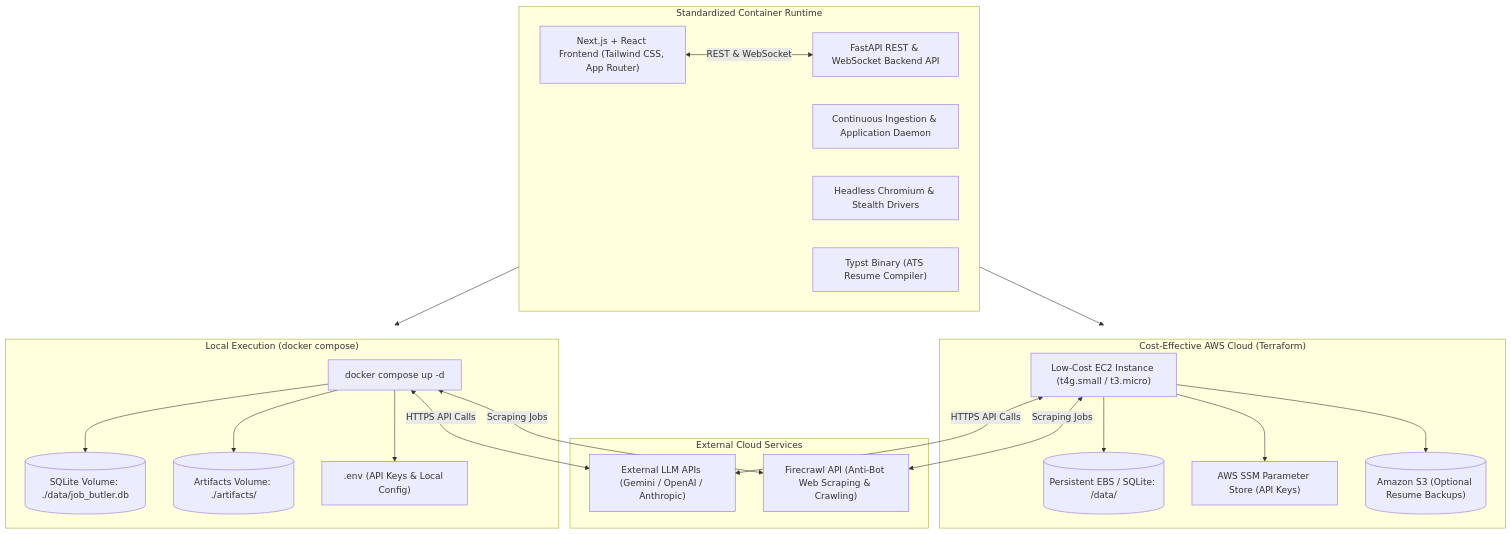
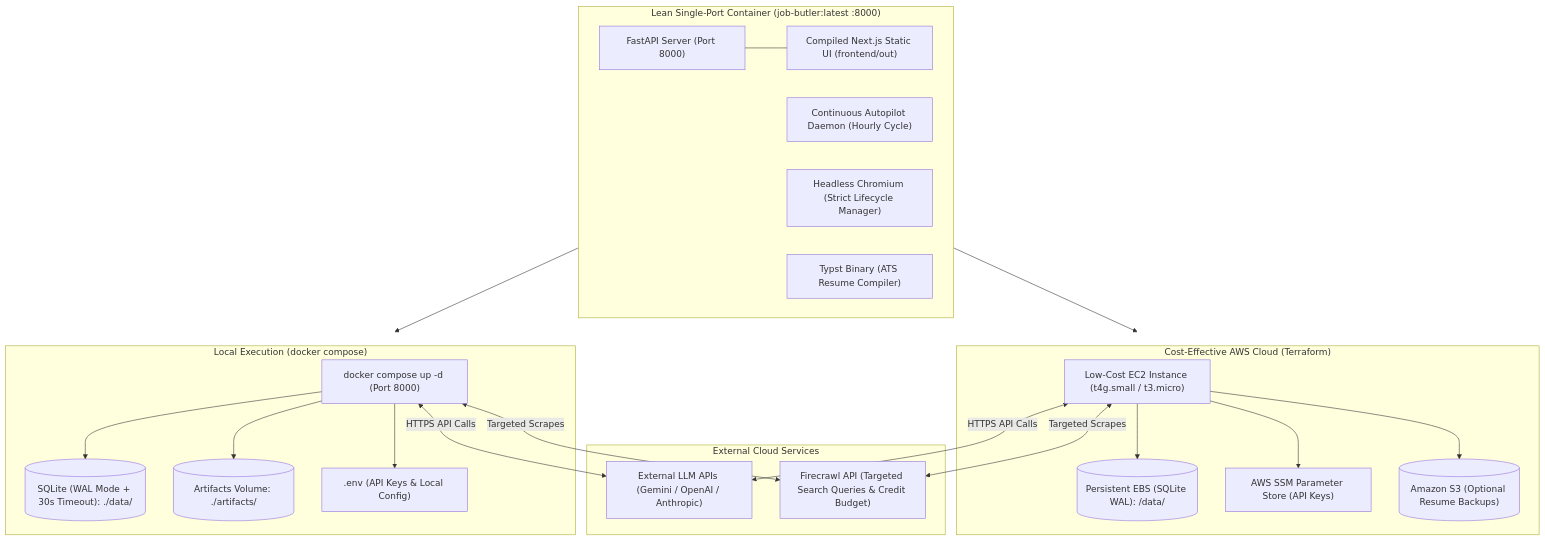
Before and after one commit to SelfOverflow/job-butler: the diagram in docs/architecture.md, drawn with Mermaid. The commit also changed other lines of this file and 6 other files, not shown here.

Commit message:
fix(architecture): apply ponytail-review hardening (SQLite WAL, zombie cleanup, single-port lean runtime, frozen snapshot, credit guards)

````diff
--- a/docs/architecture.md
+++ b/docs/architecture.md
@@ -18,44 +18,44 @@
 ```mermaid
 graph TD
-    subgraph ContainerImage ["Standardized Container Runtime"]
-        NextJSFrontend["Next.js + React Frontend (Tailwind CSS, App Router)"]
-        FastAPIApp["FastAPI REST & WebSocket Backend API"]
-        WorkerDaemon["Continuous Ingestion & Application Daemon"]
-        PlaywrightChromium["Headless Chromium & Stealth Drivers"]
+    subgraph ContainerImage ["Lean Single-Port Container (job-butler:latest :8000)"]
+        FastAPIApp["FastAPI Server (Port 8000)"]
+        NextJSStatic["Compiled Next.js Static UI (frontend/out)"]
+        WorkerDaemon["Continuous Autopilot Daemon (Hourly Cycle)"]
+        PlaywrightChromium["Headless Chromium (Strict Lifecycle Manager)"]
         TypstEngine["Typst Binary (ATS Resume Compiler)"]
     end
 
     subgraph ExternalAPIs ["External Cloud Services"]
         LLMAPI["External LLM APIs (Gemini / OpenAI / Anthropic)"]
-        FirecrawlAPI["Firecrawl API (Anti-Bot Web Scraping & Crawling)"]
+        FirecrawlAPI["Firecrawl API (Targeted Search Queries & Credit Budget)"]
     end
 
     subgraph LocalRuntime ["Local Execution (docker compose)"]
-        LocalCompose["docker compose up -d"]
-        LocalVolDB[("SQLite Volume: ./data/job_butler.db")]
+        LocalCompose["docker compose up -d (Port 8000)"]
+        LocalVolDB[("SQLite (WAL Mode + 30s Timeout): ./data/")]
         LocalVolPDF[("Artifacts Volume: ./artifacts/")]
         LocalEnv[".env (API Keys & Local Config)"]
     end
 
     subgraph AWSRuntime ["Cost-Effective AWS Cloud (Terraform)"]
         EC2Instance["Low-Cost EC2 Instance (t4g.small / t3.micro)"]
-        EBSVolume[("Persistent EBS / SQLite: /data/")]
+        EBSVolume[("Persistent EBS (SQLite WAL): /data/")]
         SSMParams["AWS SSM Parameter Store (API Keys)"]
         S3Bucket[("Amazon S3 (Optional Resume Backups)")]
     end
 
-    NextJSFrontend <-->|REST & WebSocket| FastAPIApp
+    FastAPIApp --- NextJSStatic
     ContainerImage --> LocalRuntime
     ContainerImage --> AWSRuntime
     LocalCompose --> LocalVolDB
     LocalCompose --> LocalVolPDF
     LocalCompose --> LocalEnv
     LocalCompose <-->|HTTPS API Calls| LLMAPI
-    LocalCompose <-->|Scraping Jobs| FirecrawlAPI
+    LocalCompose <-->|Targeted Scrapes| FirecrawlAPI
 
     EC2Instance --> EBSVolume
     EC2Instance --> SSMParams
     EC2Instance --> S3Bucket
     EC2Instance <-->|HTTPS API Calls| LLMAPI
-    EC2Instance <-->|Scraping Jobs| FirecrawlAPI
+    EC2Instance <-->|Targeted Scrapes| FirecrawlAPI
 ```
````
